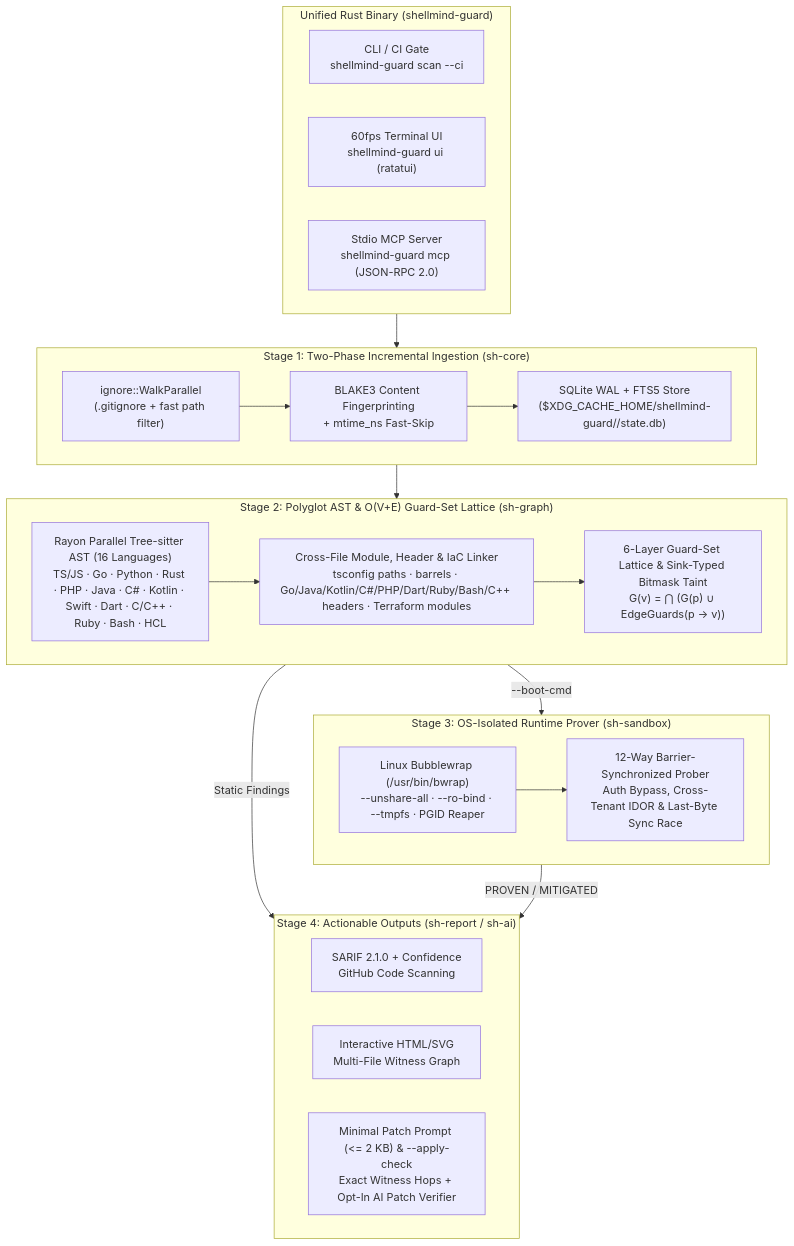
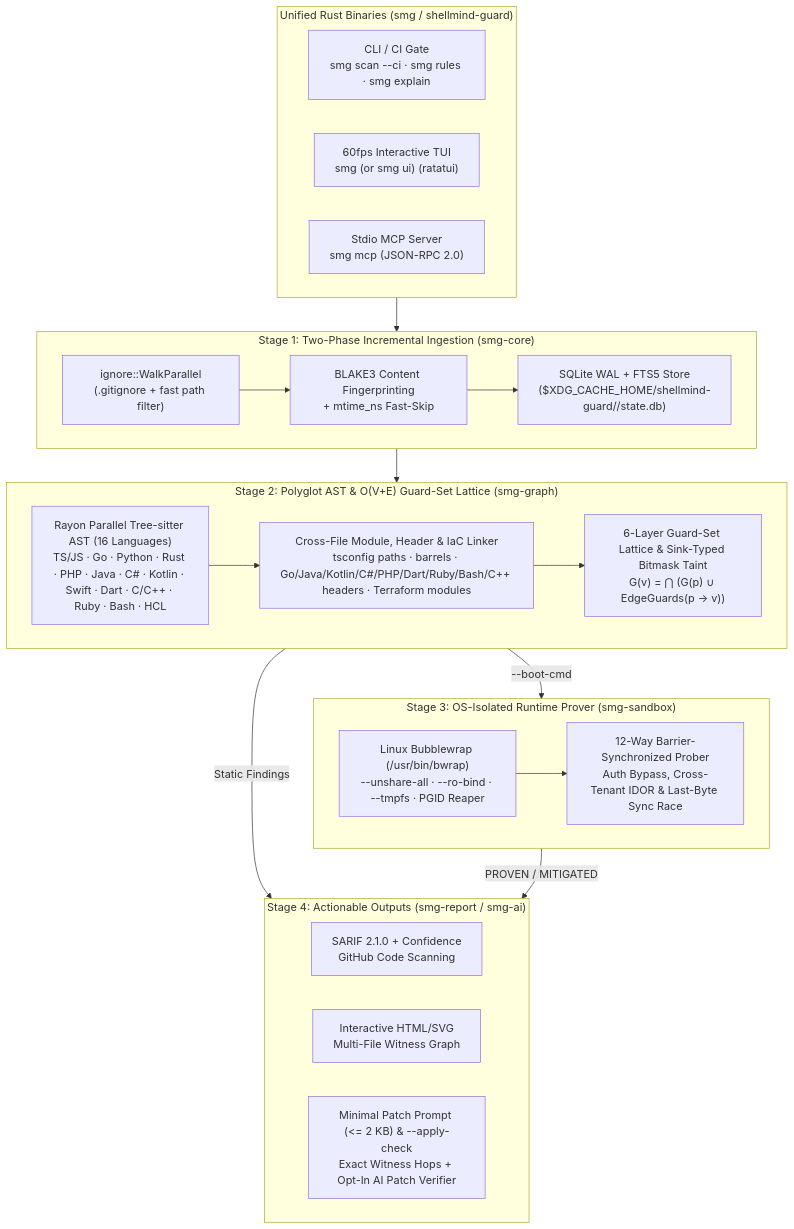
The diagram in README.md (qira-dev/ShellMind-Guard), drawn with Mermaid before and after one commit. The commit also changed other lines of this file and 106 other files, not shown here.

Commit message:
feat(smg): rename crates to smg-*, harden lattice/taint/cross-OS sandbox & sync docs

````diff
--- a/README.md
+++ b/README.md
@@ -43,39 +43,39 @@
 ```mermaid
 flowchart TD
-    subgraph CLI["Unified Rust Binary (shellmind-guard)"]
-        A1["CLI / CI Gate\nshellmind-guard scan --ci"]
-        A2["60fps Terminal UI\nshellmind-guard ui (ratatui)"]
-        A3["Stdio MCP Server\nshellmind-guard mcp (JSON-RPC 2.0)"]
+    subgraph CLI["Unified Rust Binaries (smg / shellmind-guard)"]
+        A1["CLI / CI Gate\nsmg scan --ci · smg rules · smg explain"]
+        A2["60fps Interactive TUI\nsmg (or smg ui) (ratatui)"]
+        A3["Stdio MCP Server\nsmg mcp (JSON-RPC 2.0)"]
     end
 
-    subgraph S1["Stage 1: Two-Phase Incremental Ingestion (sh-core)"]
+    subgraph S1["Stage 1: Two-Phase Incremental Ingestion (smg-core)"]
         B1["ignore::WalkParallel\n(.gitignore + fast path filter)"]
         B2["BLAKE3 Content Fingerprinting\n+ mtime_ns Fast-Skip"]
         B3["SQLite WAL + FTS5 Store\n($XDG_CACHE_HOME/shellmind-guard/<hash>/state.db)"]
         B1 --> B2 --> B3
     end
 
-    subgraph S2["Stage 2: Polyglot AST & O(V+E) Guard-Set Lattice (sh-graph)"]
+    subgraph S2["Stage 2: Polyglot AST & O(V+E) Guard-Set Lattice (smg-graph)"]
         C1["Rayon Parallel Tree-sitter AST (16 Languages)\nTS/JS · Go · Python · Rust · PHP · Java · C# · Kotlin · Swift · Dart · C/C++ · Ruby · Bash · HCL"]
         C2["Cross-File Module, Header & IaC Linker\ntsconfig paths · barrels · Go/Java/Kotlin/C#/PHP/Dart/Ruby/Bash/C++ headers · Terraform modules"]
         C3["6-Layer Guard-Set Lattice & Sink-Typed Bitmask Taint\nG(v) = ⋂ (G(p) ∪ EdgeGuards(p → v))"]
         C1 --> C2 --> C3
     end
 
-    subgraph S3["Stage 3: OS-Isolated Runtime Prover (sh-sandbox)"]
+    subgraph S3["Stage 3: OS-Isolated Runtime Prover (smg-sandbox)"]
         D1["Linux Bubblewrap (/usr/bin/bwrap)\n--unshare-all · --ro-bind · --tmpfs · PGID Reaper"]
         D2["12-Way Barrier-Synchronized Prober\nAuth Bypass, Cross-Tenant IDOR & Last-Byte Sync Race"]
         D1 --> D2
     end
 
-    subgraph S4["Stage 4: Actionable Outputs (sh-report / sh-ai)"]
+    subgraph S4["Stage 4: Actionable Outputs (smg-report / smg-ai)"]
         E1["SARIF 2.1.0 + Confidence\nGitHub Code Scanning"]
         E2["Interactive HTML/SVG\nMulti-File Witness Graph"]
         E3["Minimal Patch Prompt (<= 2 KB) & --apply-check\nExact Witness Hops + Opt-In AI Patch Verifier"]
     end
 
     CLI --> S1 --> S2
     S2 -->|"Static Findings"| S4
     S2 -->|"--boot-cmd"| S3
     S3 -->|"PROVEN / MITIGATED"| S4
 ```
````
